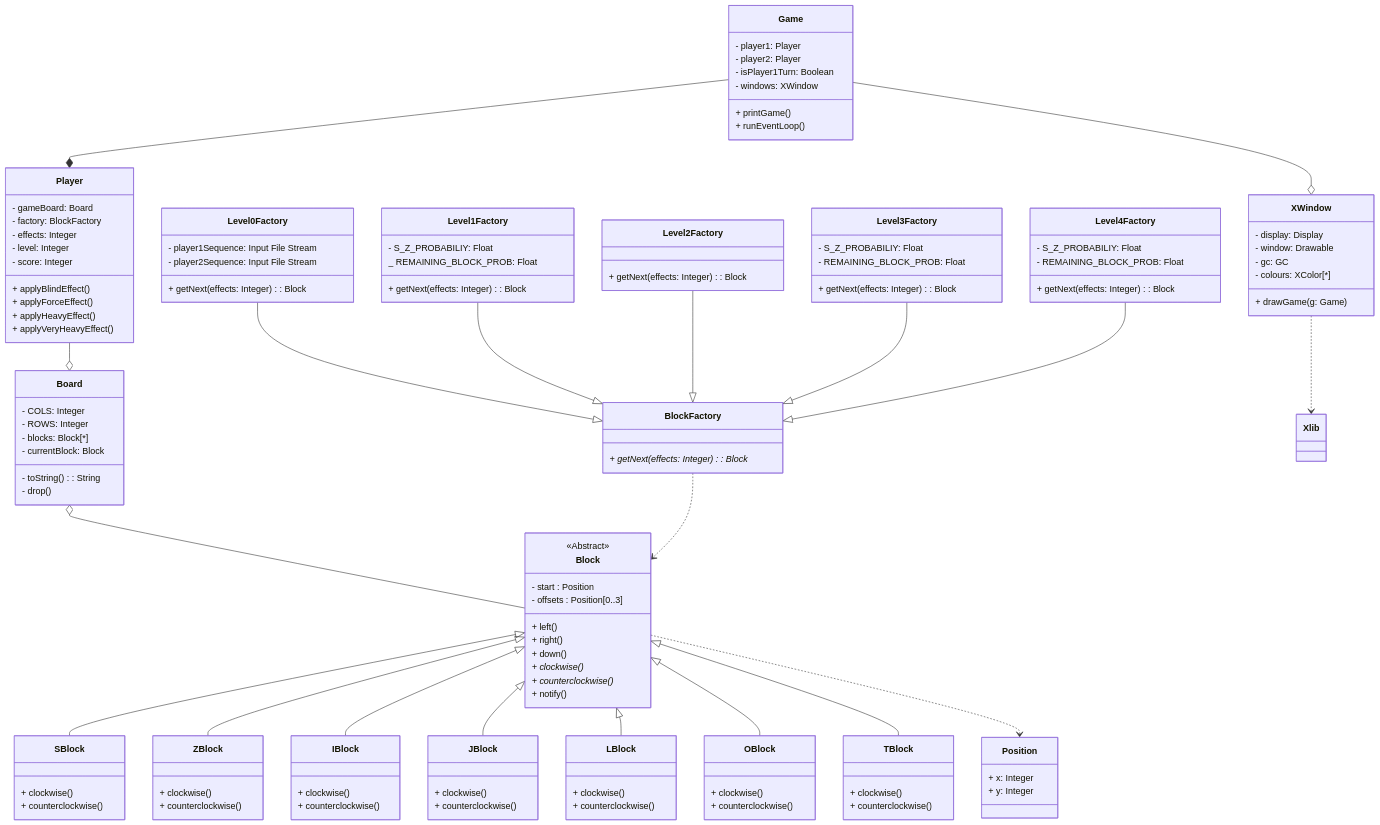
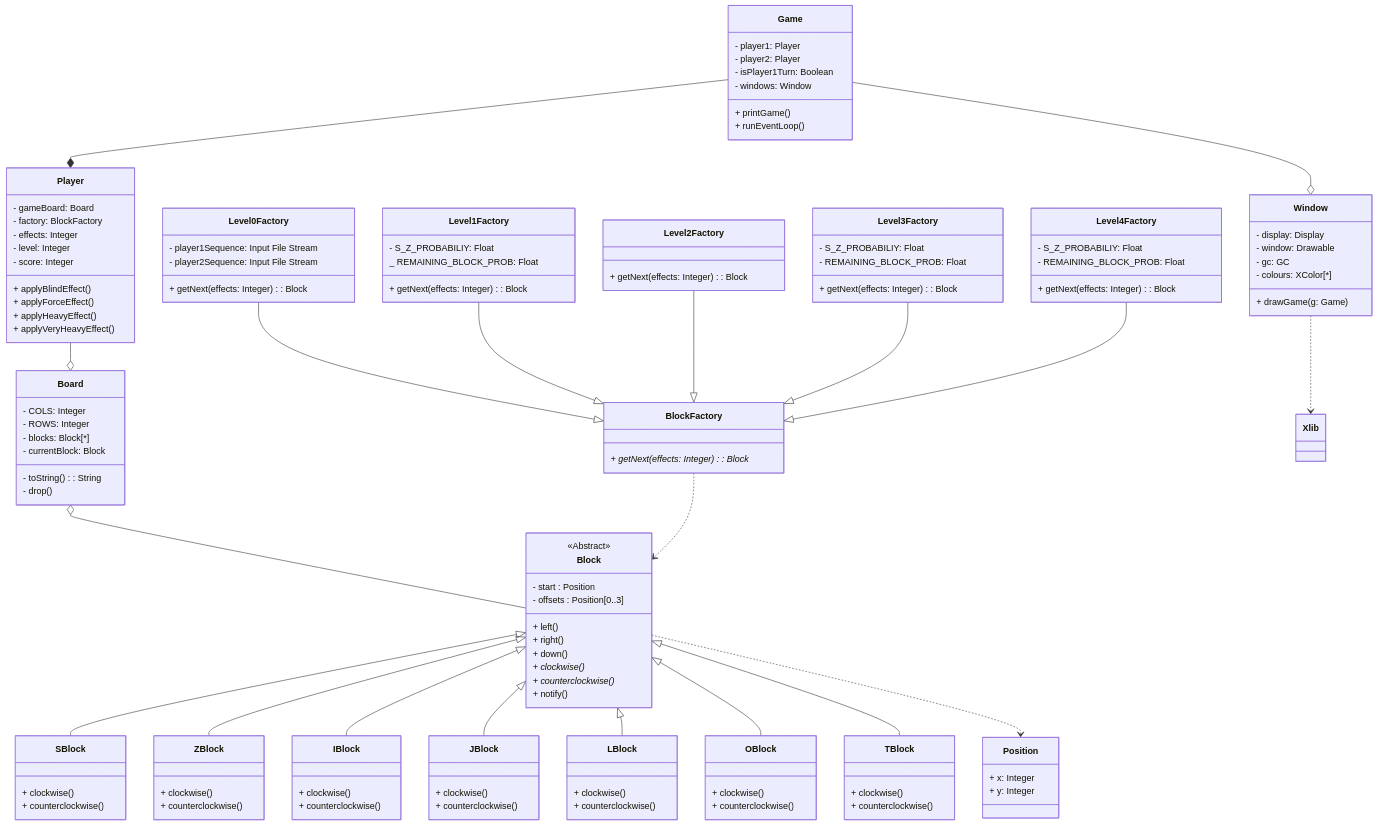
Before and after one commit to samiy803/2-tetris: the diagram in Documents/uml.md, drawn with Mermaid. The commit also changed 4 other files, not shown here.

```diff
--- a/Documents/uml.md
+++ b/Documents/uml.md
@@ -64,11 +64,11 @@
         - player1: Player
         - player2: Player
         - isPlayer1Turn: Boolean
-        - windows: XWindow
+        - windows: Window
         + printGame()
         + runEventLoop()
     }
-    class XWindow {
+    class Window {
         - display: Display
         - window: Drawable
         - gc: GC 
@@ -118,10 +118,10 @@
     Block <|-- TBlock
     Board o-- Block
     BlockFactory ..> Block
-    Game --o XWindow
+    Game --o Window
     Game --* Player
     Player --o Board
-    XWindow ..> Xlib
+    Window ..> Xlib
     Level0Factory --|> BlockFactory
     Level1Factory --|> BlockFactory
     Level2Factory --|> BlockFactory
```
